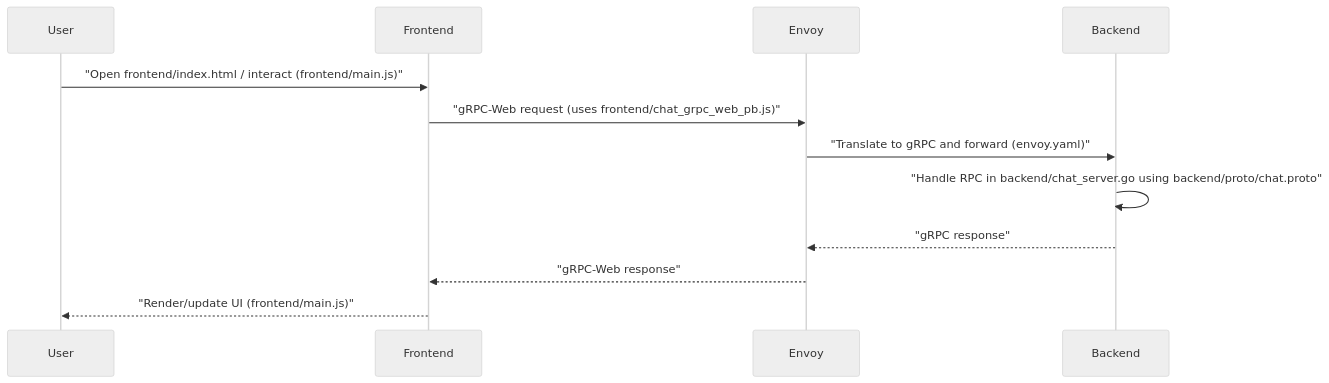
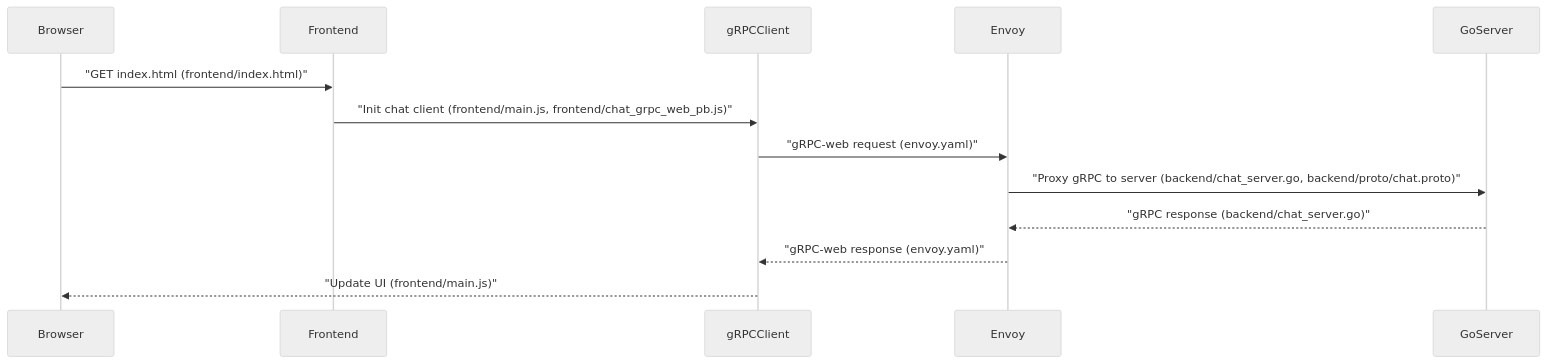
Before and after one commit to YusuffBulbul/Web-Programlama: the second of 2 diagrams in README_ARCH.md, drawn with Mermaid (neutral theme). The commit also changed other lines of this file, not shown here.

````diff
--- a/README_ARCH.md
+++ b/README_ARCH.md
@@ -47,11 +79,11 @@
 ```mermaid
 sequenceDiagram
-User->>Frontend: "Open frontend/index.html / interact (frontend/main.js)"
-Frontend->>Envoy: "gRPC-Web request (uses frontend/chat_grpc_web_pb.js)"
-Envoy->>Backend: "Translate to gRPC and forward (envoy.yaml)"
-Backend->>Backend: "Handle RPC in backend/chat_server.go using backend/proto/chat.proto"
-Backend-->>Envoy: "gRPC response"
-Envoy-->>Frontend: "gRPC-Web response"
-Frontend-->>User: "Render/update UI (frontend/main.js)"
+Browser->>Frontend: "GET index.html (frontend/index.html)"
+Frontend->>gRPCClient: "Init chat client (frontend/main.js, frontend/chat_grpc_web_pb.js)"
+gRPCClient->>Envoy: "gRPC-web request (envoy.yaml)"
+Envoy->>GoServer: "Proxy gRPC to server (backend/chat_server.go, backend/proto/chat.proto)"
+GoServer-->>Envoy: "gRPC response (backend/chat_server.go)"
+Envoy-->>gRPCClient: "gRPC-web response (envoy.yaml)"
+gRPCClient-->>Browser: "Update UI (frontend/main.js)"
 
 ```
````
